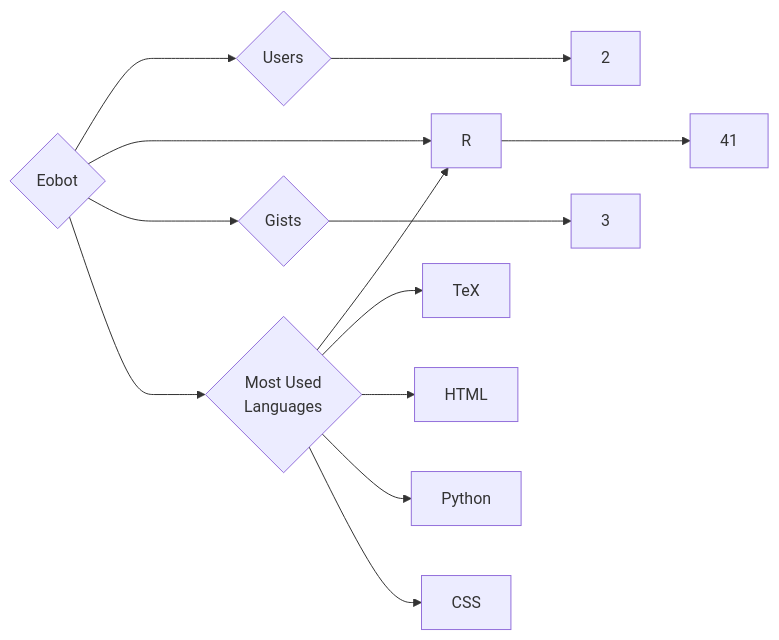
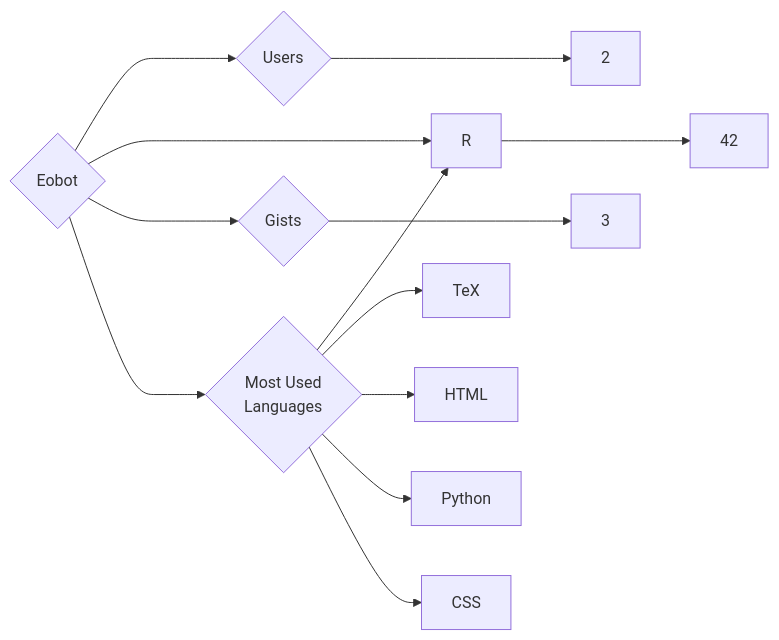
The diagram in targets/Eobot/README.md (trickest/insiders), drawn with Mermaid before and after one commit. The commit also changed 823 other files, not shown here.

````diff
--- a/targets/Eobot/README.md
+++ b/targets/Eobot/README.md
@@ -3,13 +3,13 @@
 ```mermaid
 graph LR
 COMPANY_NAME{Eobot}
 COMPANY_NAME ---> U{Users} ---> UN[2]
-COMPANY_NAME ---> R{Repositories} ---> RN[41]
+COMPANY_NAME ---> R{Repositories} ---> RN[42]
 COMPANY_NAME ---> G{Gists} ---> GN[3]
 COMPANY_NAME ---> ML{Most Used<br>Languages}
 ML --> R[R]
 ML --> TeX[TeX]
 ML --> HTML[HTML]
 ML --> Python[Python]
 ML --> CSS[CSS]
 ```
````
